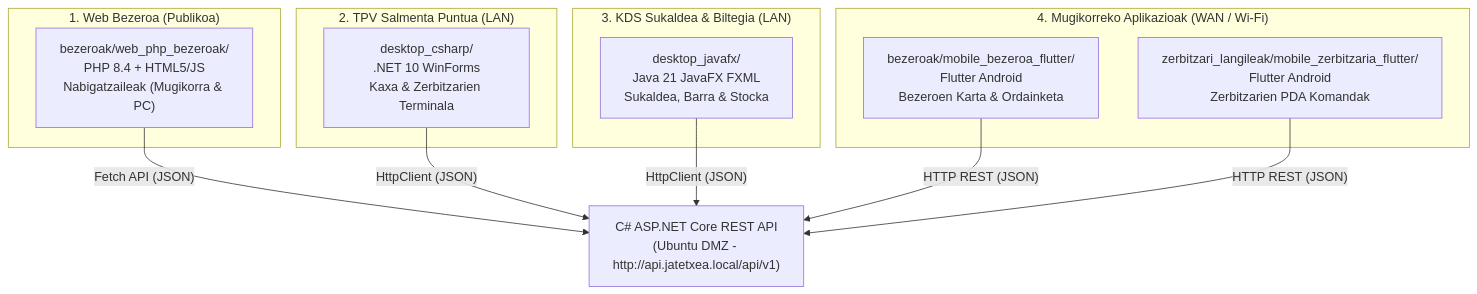
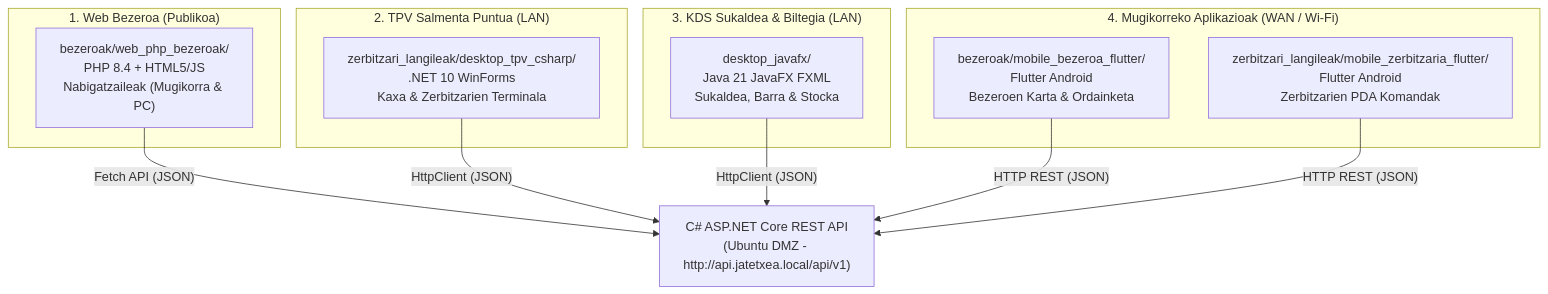
The diagram in 02_azpiegitura_birtuala/erronka_egitura/doc/05_bezero_aplikazioak_eta_plataformak.md (AnderUrienGoierri/1T_Jatetxea_erronka_agents), drawn with Mermaid before and after one commit. The commit also changed other lines of this file and 49 other files, not shown here.

First line of the commit message:
refactor(desktop-csharp): berrantolatu desktop_csharp zerbitzari_langileak karpetara

````diff
--- a/02_azpiegitura_birtuala/erronka_egitura/doc/05_bezero_aplikazioak_eta_plataformak.md
+++ b/02_azpiegitura_birtuala/erronka_egitura/doc/05_bezero_aplikazioak_eta_plataformak.md
@@ -12,27 +12,27 @@
 ```mermaid
 graph TD
     API["C# ASP.NET Core REST API<br/>(Ubuntu DMZ - http://api.jatetxea.local/api/v1)"]
 
     subgraph KANPOA_ETA_WEB["1. Web Bezeroa (Publikoa)"]
         WEB["bezeroak/web_php_bezeroak/<br/>PHP 8.4 + HTML5/JS<br/>Nabigatzaileak (Mugikorra & PC)"]
     end
 
     subgraph BARNE_LAN_WINDOWS["2. TPV Salmenta Puntua (LAN)"]
-        TPV["desktop_csharp/<br/>.NET 10 WinForms<br/>Kaxa & Zerbitzarien Terminala"]
+        TPV["zerbitzari_langileak/desktop_tpv_csharp/<br/>.NET 10 WinForms<br/>Kaxa & Zerbitzarien Terminala"]
     end
 
     subgraph BARNE_LAN_SUKALDEA["3. KDS Sukaldea & Biltegia (LAN)"]
         KDS["desktop_javafx/<br/>Java 21 JavaFX FXML<br/>Sukaldea, Barra & Stocka"]
     end
 
     subgraph MOBILITATEA["4. Mugikorreko Aplikazioak (WAN / Wi-Fi)"]
         MOB_BEZ["bezeroak/mobile_bezeroa_flutter/<br/>Flutter Android<br/>Bezeroen Karta & Ordainketa"]
         MOB_ZER["zerbitzari_langileak/mobile_zerbitzaria_flutter/<br/>Flutter Android<br/>Zerbitzarien PDA Komandak"]
     end
 
     WEB -->|"Fetch API (JSON)"| API
     TPV -->|"HttpClient (JSON)"| API
     KDS -->|"HttpClient (JSON)"| API
     MOB_BEZ -->|"HTTP REST (JSON)"| API
     MOB_ZER -->|"HTTP REST (JSON)"| API
 ```
````
